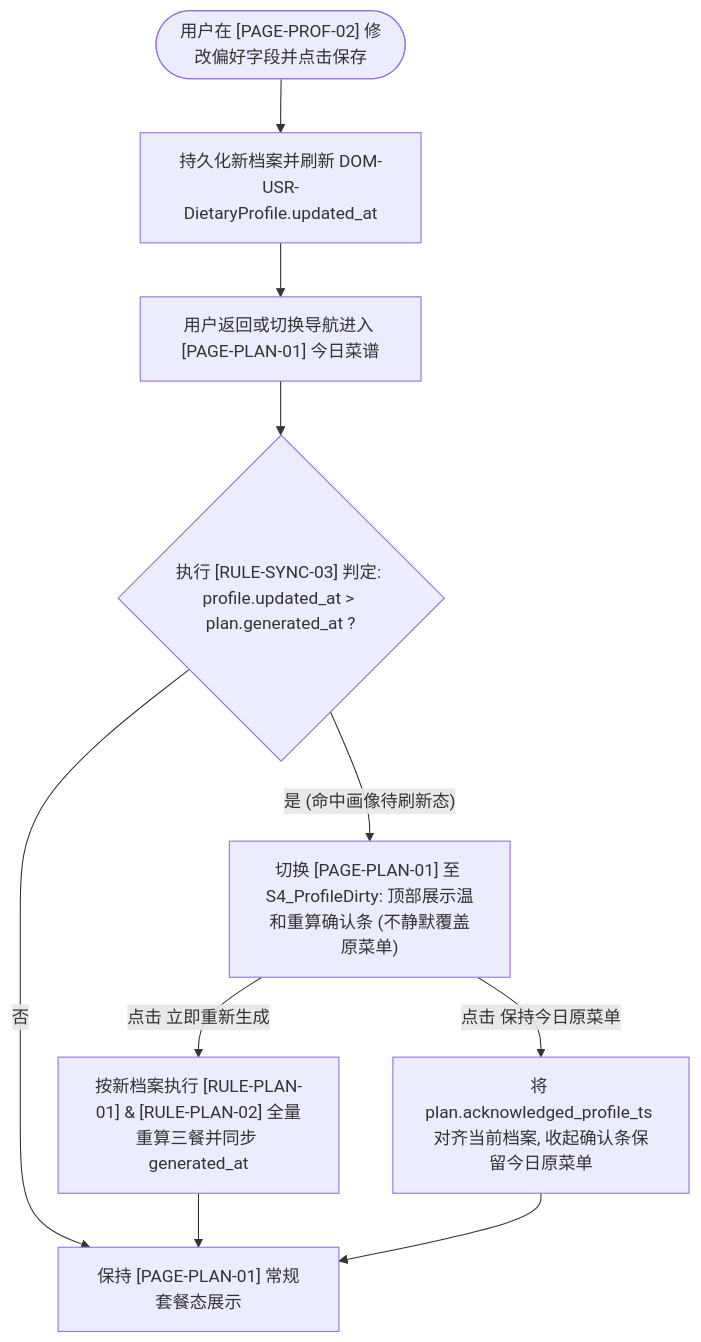
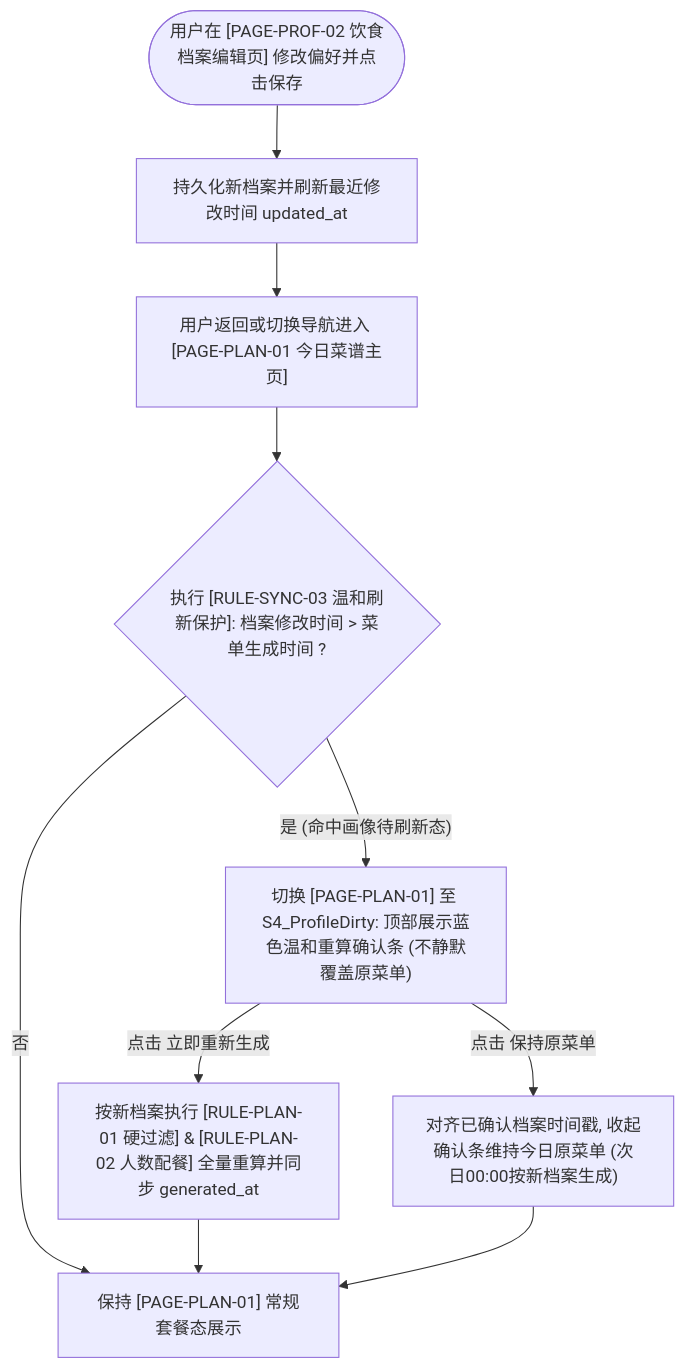
One commit to icecream154/Cookbook changed the second of 2 diagrams in Product/spec/04-ia-and-flows/flows/meal-planning.md. Above: the diagram before and after it, drawn with Mermaid. The commit also changed other lines of this file and 43 other files, not shown here.

````diff
--- a/Product/spec/04-ia-and-flows/flows/meal-planning.md
+++ b/Product/spec/04-ia-and-flows/flows/meal-planning.md
@@ -45,13 +47,13 @@
 ```mermaid
 flowchart TD
-    EDIT(["用户在 [PAGE-PROF-02] 修改偏好字段并点击保存"]) --> UPDATE_TS["持久化新档案并刷新 DOM-USR-DietaryProfile.updated_at"]
-    UPDATE_TS --> BACK_HOME["用户返回或切换导航进入 [PAGE-PLAN-01] 今日菜谱"]
-    BACK_HOME --> CHECK_DIRTY{"执行 [RULE-SYNC-03] 判定: profile.updated_at > plan.generated_at ?"}
+    EDIT(["用户在 [PAGE-PROF-02 饮食档案编辑页] 修改偏好并点击保存"]) --> UPDATE_TS["持久化新档案并刷新最近修改时间 updated_at"]
+    UPDATE_TS --> BACK_HOME["用户返回或切换导航进入 [PAGE-PLAN-01 今日菜谱主页]"]
+    BACK_HOME --> CHECK_DIRTY{"执行 [RULE-SYNC-03 温和刷新保护]: 档案修改时间 > 菜单生成时间 ?"}
 
     CHECK_DIRTY -- "否" --> NORMAL["保持 [PAGE-PLAN-01] 常规套餐态展示"]
-    CHECK_DIRTY -- "是 (命中画像待刷新态)" --> SHOW_BANNER["切换 [PAGE-PLAN-01] 至 S4_ProfileDirty: 顶部展示温和重算确认条 (不静默覆盖原菜单)"]
+    CHECK_DIRTY -- "是 (命中画像待刷新态)" --> SHOW_BANNER["切换 [PAGE-PLAN-01] 至 S4_ProfileDirty: 顶部展示蓝色温和重算确认条 (不静默覆盖原菜单)"]
 
-    SHOW_BANNER -- "点击 立即重新生成" --> RECALC["按新档案执行 [RULE-PLAN-01] & [RULE-PLAN-02] 全量重算三餐并同步 generated_at"]
-    SHOW_BANNER -- "点击 保持今日原菜单" --> KEEP_OLD["将 plan.acknowledged_profile_ts 对齐当前档案, 收起确认条保留今日原菜单"]
+    SHOW_BANNER -- "点击 立即重新生成" --> RECALC["按新档案执行 [RULE-PLAN-01 硬过滤] & [RULE-PLAN-02 人数配餐] 全量重算并同步 generated_at"]
+    SHOW_BANNER -- "点击 保持原菜单" --> KEEP_OLD["对齐已确认档案时间戳, 收起确认条维持今日原菜单 (次日00:00按新档案生成)"]
     RECALC & KEEP_OLD --> NORMAL
 ```
````
